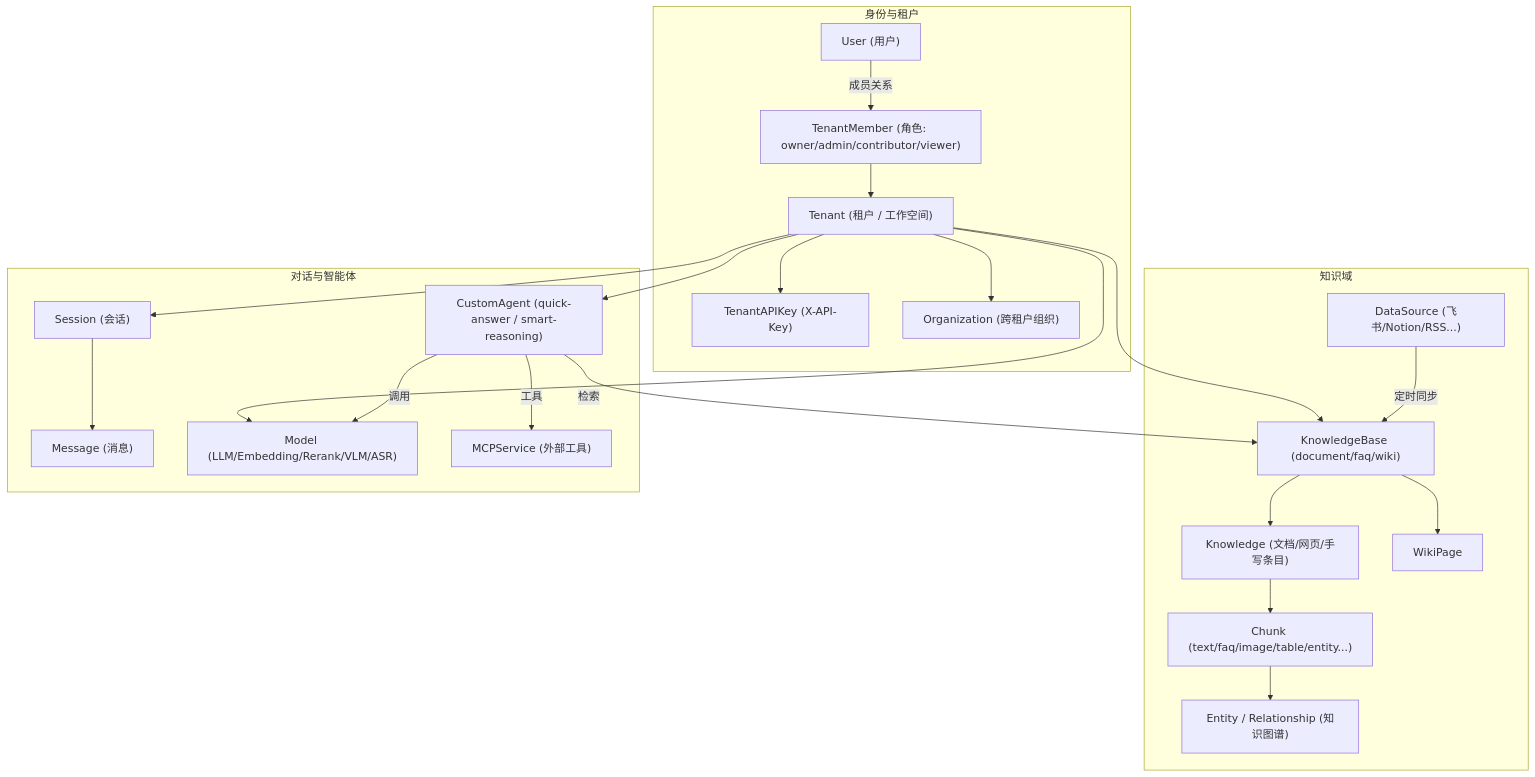
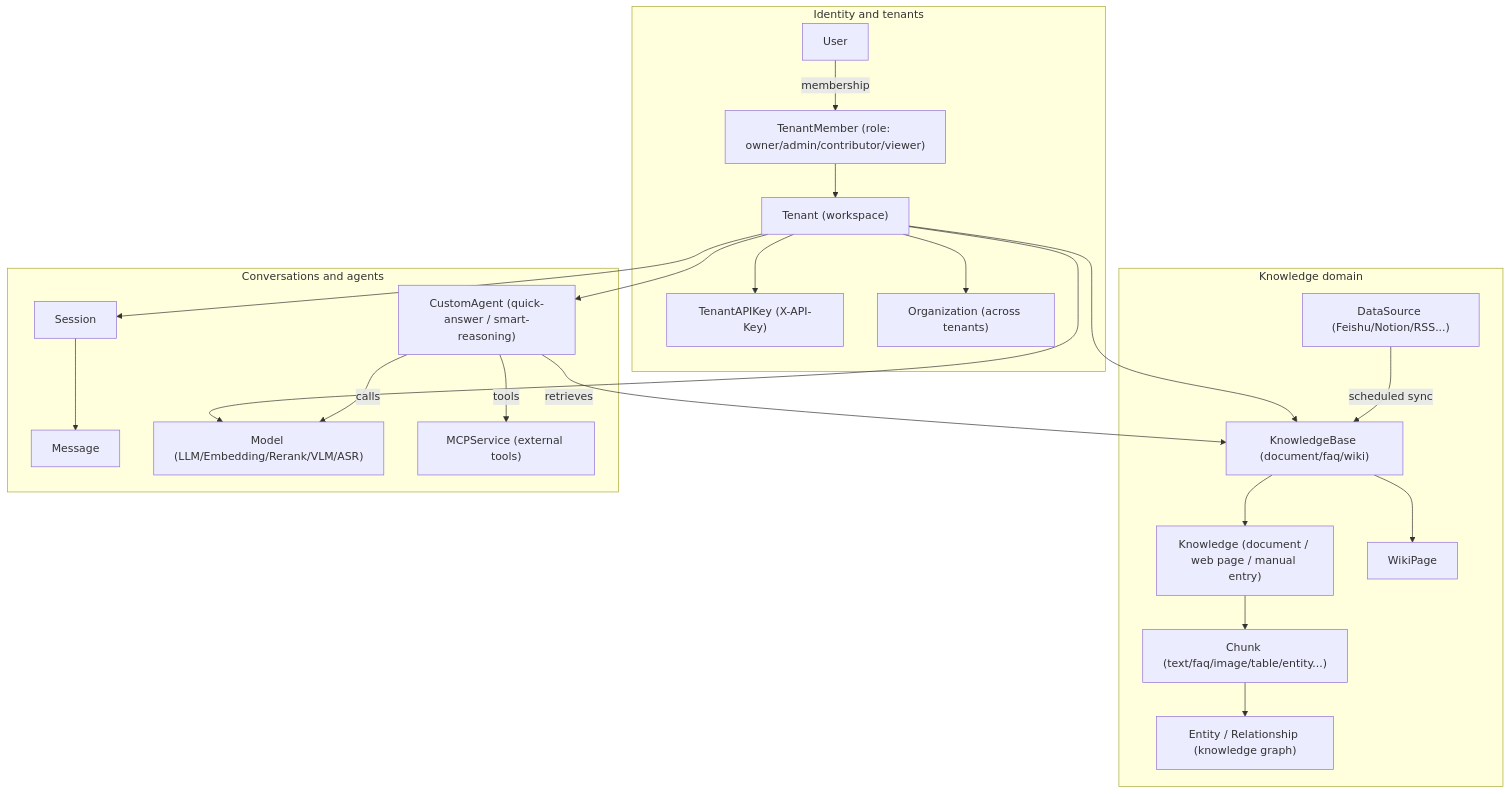
One commit to jrmatherly/ai-kb changed the first of 2 diagrams in website-docs/01-getting-started/01-introduction.md. Above: the diagram before and after it, drawn with Mermaid. The commit also changed other lines of this file and 17 other files, not shown here.

````diff
--- a/website-docs/01-getting-started/01-introduction.md
+++ b/website-docs/01-getting-started/01-introduction.md
@@ -68,39 +68,39 @@
 ```mermaid
 flowchart TB
-    subgraph identity["身份与租户"]
-        U["User (用户)"]
-        T["Tenant (租户 / 工作空间)"]
-        TM["TenantMember (角色: owner/admin/contributor/viewer)"]
+    subgraph identity["Identity and tenants"]
+        U["User"]
+        T["Tenant (workspace)"]
+        TM["TenantMember (role: owner/admin/contributor/viewer)"]
         AK["TenantAPIKey (X-API-Key)"]
-        ORG["Organization (跨租户组织)"]
+        ORG["Organization (across tenants)"]
     end
-    subgraph knowledge["知识域"]
+    subgraph knowledge["Knowledge domain"]
         KB["KnowledgeBase (document/faq/wiki)"]
-        K["Knowledge (文档/网页/手写条目)"]
+        K["Knowledge (document / web page / manual entry)"]
         C["Chunk (text/faq/image/table/entity...)"]
         W["WikiPage"]
-        G["Entity / Relationship (知识图谱)"]
-        DS["DataSource (飞书/Notion/RSS...)"]
+        G["Entity / Relationship (knowledge graph)"]
+        DS["DataSource (Feishu/Notion/RSS...)"]
     end
-    subgraph chat["对话与智能体"]
-        S["Session (会话)"]
-        MSG["Message (消息)"]
+    subgraph chat["Conversations and agents"]
+        S["Session"]
+        MSG["Message"]
         AG["CustomAgent (quick-answer / smart-reasoning)"]
         M["Model (LLM/Embedding/Rerank/VLM/ASR)"]
-        MCP["MCPService (外部工具)"]
+        MCP["MCPService (external tools)"]
     end
-    U -- "成员关系" --> TM --> T
+    U -- "membership" --> TM --> T
     T --> AK
     T --> ORG
     T --> KB
     T --> M
     T --> AG
     KB --> K --> C
     KB --> W
     C --> G
-    DS -- "定时同步" --> KB
+    DS -- "scheduled sync" --> KB
     T --> S --> MSG
-    AG -- "检索" --> KB
-    AG -- "调用" --> M
-    AG -- "工具" --> MCP
+    AG -- "retrieves" --> KB
+    AG -- "calls" --> M
+    AG -- "tools" --> MCP
 ```
````
